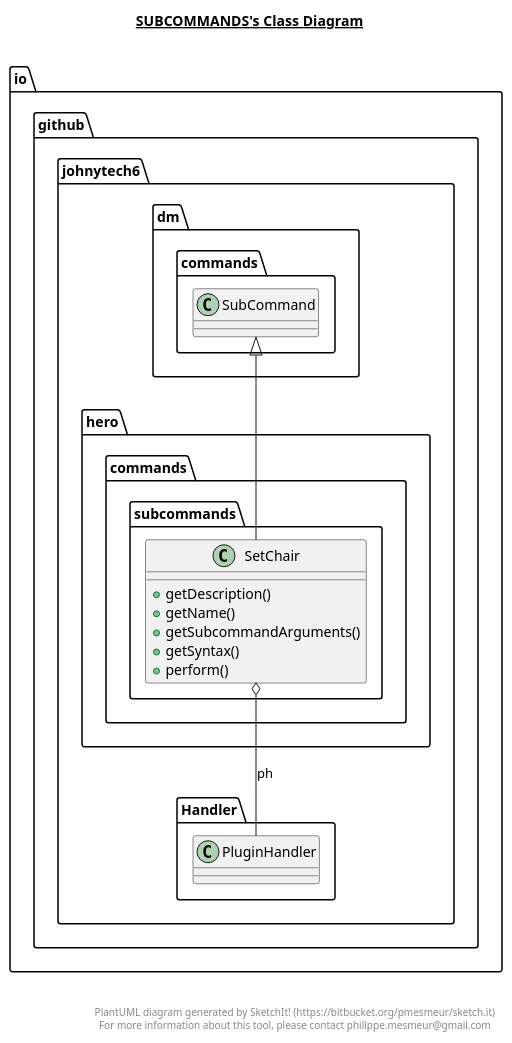
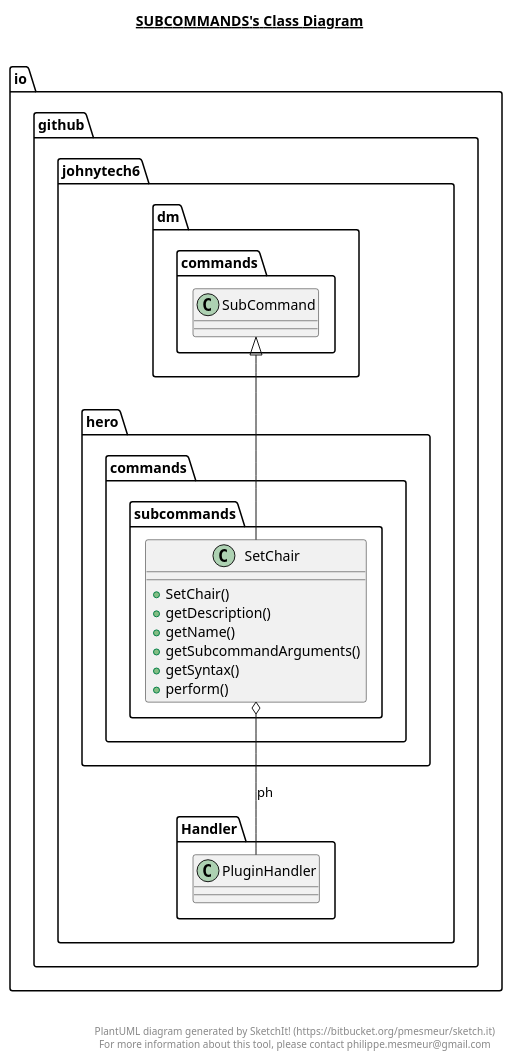
The diagram in src/main/java/io/github/johnytech6/hero/commands/subcommands/subcommands.plantuml (Jean-Lamarre/Johnytech6s_Plugin), drawn with PlantUML before and after one commit. The commit also changed 42 other files, not shown here.

```diff
--- a/src/main/java/io/github/johnytech6/hero/commands/subcommands/subcommands.plantuml
+++ b/src/main/java/io/github/johnytech6/hero/commands/subcommands/subcommands.plantuml
@@ -1,33 +1,34 @@
 @startuml
 
 title __SUBCOMMANDS's Class Diagram__\n
 
   namespace io.github.johnytech6 {
     namespace hero {
       namespace commands {
         namespace subcommands {
           class io.github.johnytech6.hero.commands.subcommands.SetChair {
+              + SetChair()
               + getDescription()
               + getName()
               + getSubcommandArguments()
               + getSyntax()
               + perform()
           }
         }
       }
     }
   }
   
 
   io.github.johnytech6.hero.commands.subcommands.SetChair -up-|> io.github.johnytech6.dm.commands.SubCommand
   io.github.johnytech6.hero.commands.subcommands.SetChair o-- io.github.johnytech6.Handler.PluginHandler : ph
 
 
 right footer
 
 
 PlantUML diagram generated by SketchIt! (https://bitbucket.org/pmesmeur/sketch.it)
 For more information about this tool, please contact philippe.mesmeur@gmail.com
 endfooter
 
 @enduml
```
